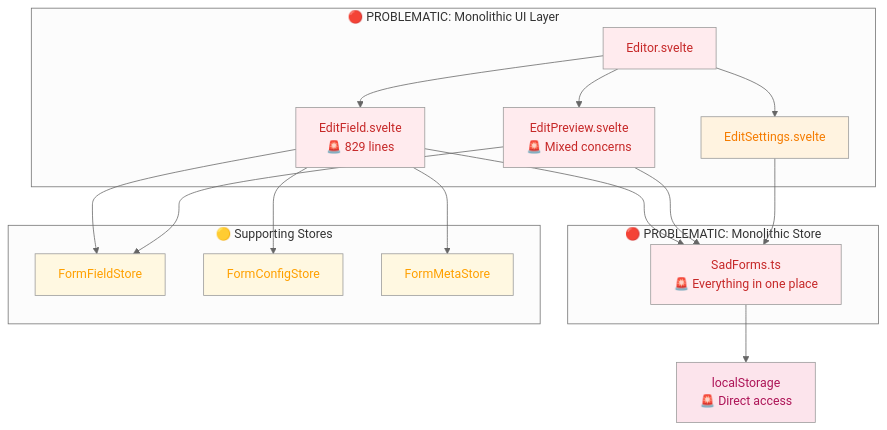
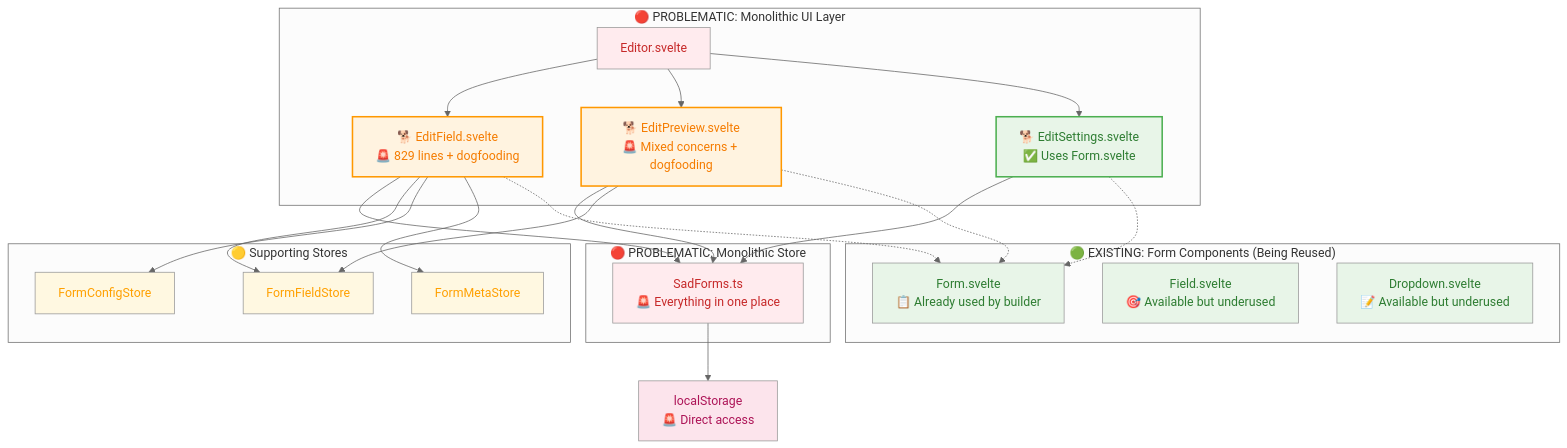
One commit to byjackli/sadforms changed the first of 15 diagrams in Docs/FORM_BUILDER_REFACTORING_DESIGN.md. Above: the diagram before and after it, drawn with Mermaid (neutral theme). The commit also changed other lines of this file and 6 other files, not shown here.

````diff
--- a/Docs/FORM_BUILDER_REFACTORING_DESIGN.md
+++ b/Docs/FORM_BUILDER_REFACTORING_DESIGN.md
@@ -25,43 +28,56 @@
 ```mermaid
 graph TD
     subgraph "🔴 PROBLEMATIC: Monolithic UI Layer"
         A[Editor.svelte]
-        B[EditField.svelte<br/>🚨 829 lines]
-        C[EditPreview.svelte<br/>🚨 Mixed concerns]
-        D[EditSettings.svelte]
+        B["🐕 EditField.svelte<br/>🚨 829 lines + dogfooding"]
+        C["🐕 EditPreview.svelte<br/>🚨 Mixed concerns + dogfooding"]
+        D["🐕 EditSettings.svelte<br/>✅ Uses Form.svelte"]
     end
     
     subgraph "🔴 PROBLEMATIC: Monolithic Store"
         E[SadForms.ts<br/>🚨 Everything in one place]
     end
     
     subgraph "🟡 Supporting Stores"
         F[FormFieldStore]
         G[FormConfigStore] 
         H[FormMetaStore]
+    end
+    
+    subgraph "🟢 EXISTING: Form Components (Being Reused)"
+        J[Form.svelte<br/>📋 Already used by builder]
+        K[Field.svelte<br/>🎯 Available but underused]
+        L[Dropdown.svelte<br/>📝 Available but underused]
     end
     
     A --> B
     A --> C
     A --> D
     
     B --> E
     C --> E
     D --> E
     B --> F
     B --> G
     B --> H
     C --> F
     
+    B -.-> J
+    C -.-> J
+    D -.-> J
+    
     E --> I[localStorage<br/>🚨 Direct access]
     
     style A fill:#ffebee,color:#c62828
-    style B fill:#ffebee,color:#c62828
-    style C fill:#ffebee,color:#c62828
-    style D fill:#fff3e0,color:#f57c00
+    style B fill:#fff3e0,color:#f57c00,stroke:#ff9800,stroke-width:2px
+    style C fill:#fff3e0,color:#f57c00,stroke:#ff9800,stroke-width:2px
+    style D fill:#e8f5e8,color:#2e7d32,stroke:#4caf50,stroke-width:2px
     style E fill:#ffebee,color:#c62828
     style F fill:#fff8e1,color:#ffa000
     style G fill:#fff8e1,color:#ffa000
     style H fill:#fff8e1,color:#ffa000
     style I fill:#fce4ec,color:#ad1457
+    style J fill:#e8f5e8,color:#2e7d32
+    style K fill:#e8f5e8,color:#2e7d32
+    style L fill:#e8f5e8,color:#2e7d32
 ```
````
